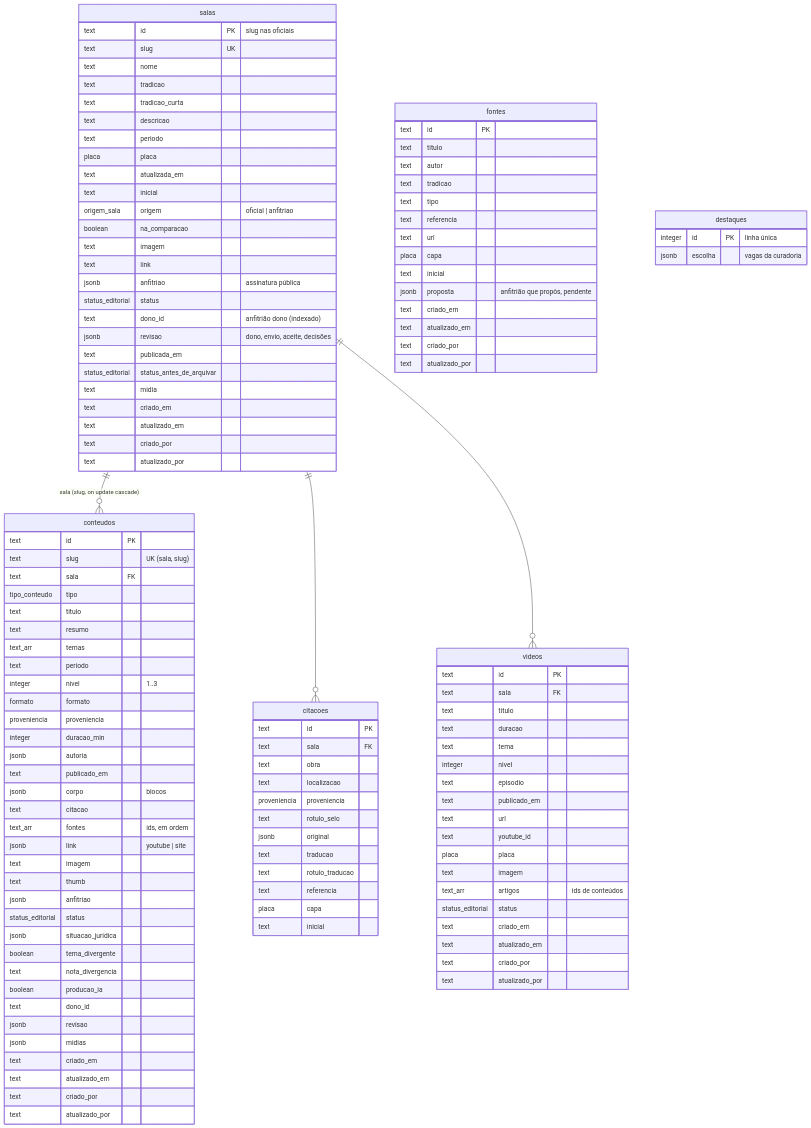
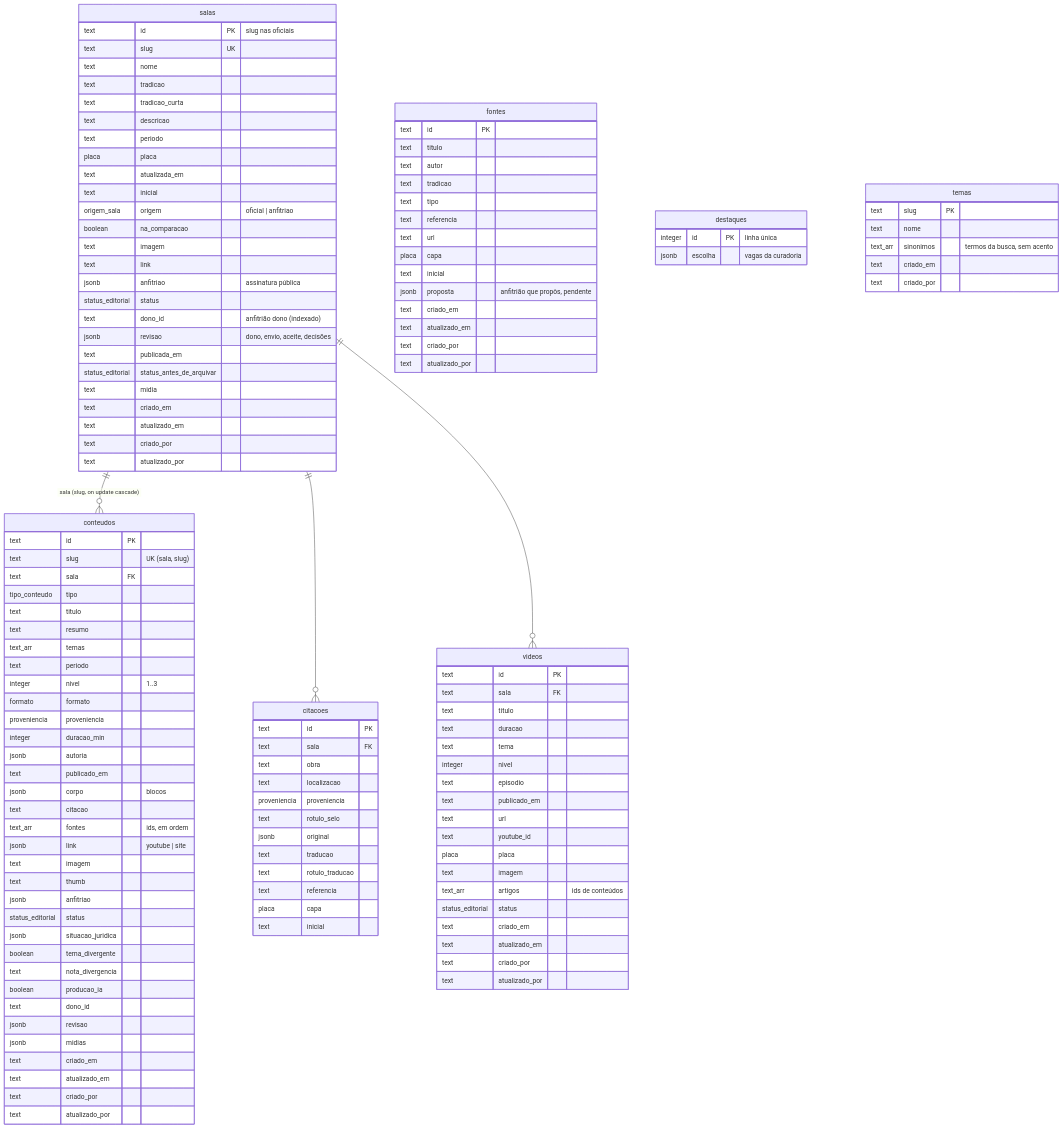
One commit to beno99/Sala_Dos_Buscadores.V1 changed the second of 5 diagrams in docs/banco/diagrama.md. Above: the diagram before and after it, drawn with Mermaid. The commit also changed 19 other files, not shown here.

````diff
--- a/docs/banco/diagrama.md
+++ b/docs/banco/diagrama.md
@@ -170,4 +170,11 @@
     integer id PK "linha única"
     jsonb escolha "vagas da curadoria"
   }
+  temas {
+    text slug PK
+    text nome
+    text_arr sinonimos "termos da busca, sem acento"
+    text criado_em
+    text criado_por
+  }
 ```
````
